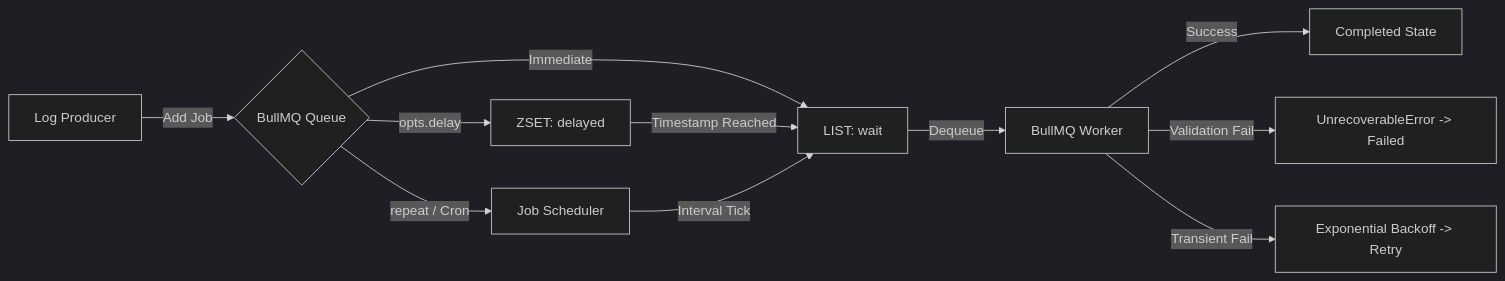
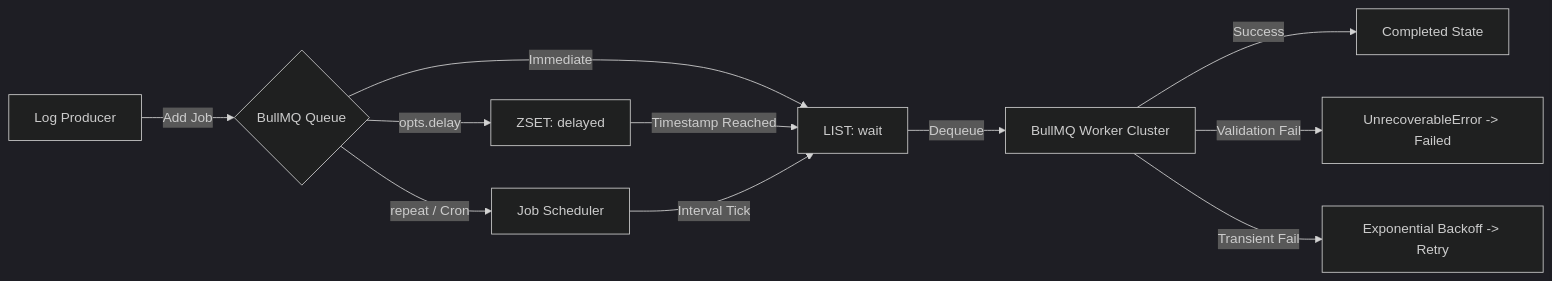
One commit to Tharun-Varshan-S/untitled changed the second of 2 diagrams in README.md. Above: the diagram before and after it, drawn with Mermaid (dark theme). The commit also changed other lines of this file, not shown here.

Commit message:
docs: update documentation for queue monitoring, worker scaling, and Phase P project completion

````diff
--- a/README.md
+++ b/README.md
@@ -54,17 +54,17 @@
 ```mermaid
 flowchart LR
     Producer[Log Producer] -->|Add Job| Queue{BullMQ Queue}
     
     Queue -->|Immediate| Wait[LIST: wait]
     Queue -->|opts.delay| Delayed[ZSET: delayed]
     Queue -->|repeat / Cron| Scheduler[Job Scheduler]
     
     Delayed -->|Timestamp Reached| Wait
     Scheduler -->|Interval Tick| Wait
     
-    Wait -->|Dequeue| Worker[BullMQ Worker]
+    Wait -->|Dequeue| Worker[BullMQ Worker Cluster]
     
     Worker -->|Success| Complete[Completed State]
     Worker -->|Validation Fail| Fatal[UnrecoverableError -> Failed]
     Worker -->|Transient Fail| Retry[Exponential Backoff -> Retry]
 ```
````
